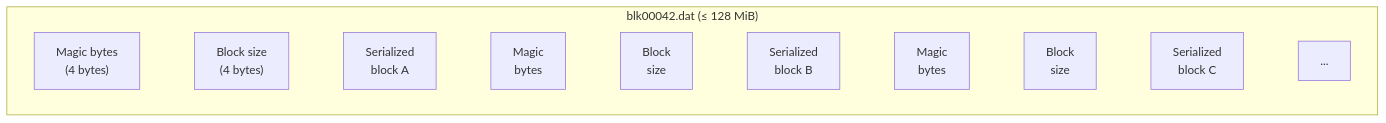
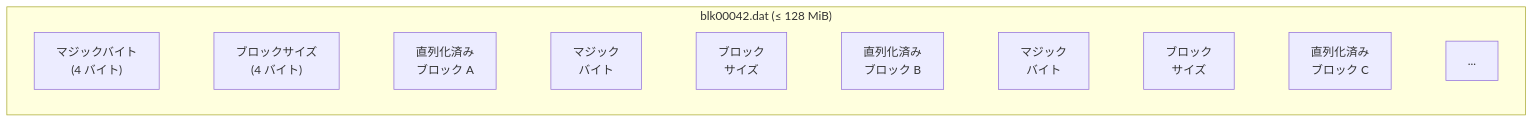
The second of 7 diagrams in src/data/translations/ja/design/2009-01-03-bitcoin-storage-design.md (cypher256/BitcoinArchive), drawn with Mermaid before and after one commit. The commit also changed other lines of this file and 11 other files, not shown here.

````diff
--- a/src/data/translations/ja/design/2009-01-03-bitcoin-storage-design.md
+++ b/src/data/translations/ja/design/2009-01-03-bitcoin-storage-design.md
@@ -101,18 +101,18 @@
 ```mermaid
 flowchart LR
     subgraph FILE["blk00042.dat (≤ 128 MiB)"]
         direction LR
-        B1["Magic bytes<br/>(4 bytes)"]
-        S1["Block size<br/>(4 bytes)"]
-        D1["Serialized<br/>block A"]
-        B2["Magic<br/>bytes"]
-        S2["Block<br/>size"]
-        D2["Serialized<br/>block B"]
-        B3["Magic<br/>bytes"]
-        S3["Block<br/>size"]
-        D3["Serialized<br/>block C"]
+        B1["マジックバイト<br/>(4 バイト)"]
+        S1["ブロックサイズ<br/>(4 バイト)"]
+        D1["直列化済み<br/>ブロック A"]
+        B2["マジック<br/>バイト"]
+        S2["ブロック<br/>サイズ"]
+        D2["直列化済み<br/>ブロック B"]
+        B3["マジック<br/>バイト"]
+        S3["ブロック<br/>サイズ"]
+        D3["直列化済み<br/>ブロック C"]
         ETC["..."]
     end
 
     B1 ~~~ S1 ~~~ D1 ~~~ B2 ~~~ S2 ~~~ D2 ~~~ B3 ~~~ S3 ~~~ D3 ~~~ ETC
 ```
````
